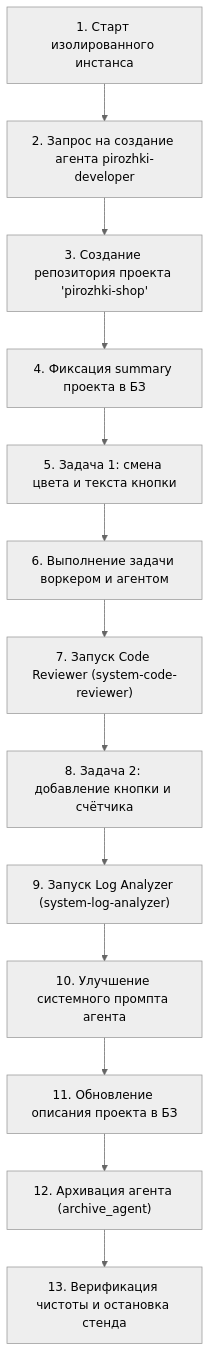
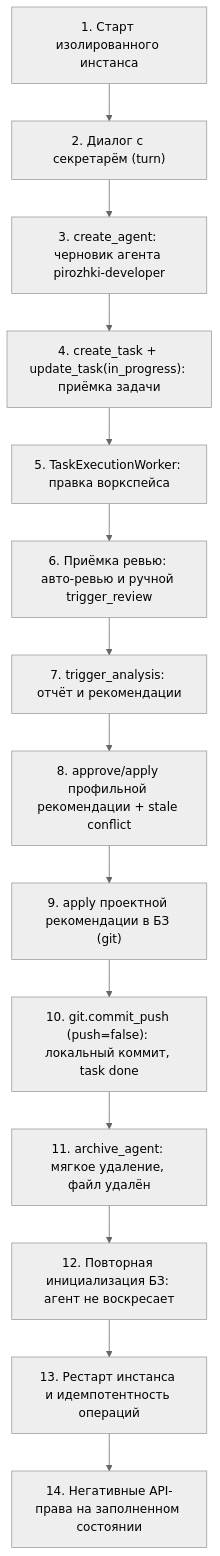
Before and after one commit to attid/agent-manager: the diagram in docs/e2e-pirozhki-test-scenario.md, drawn with Mermaid (neutral theme). The commit also changed other lines of this file and 5 other files, not shown here.

````diff
--- a/docs/e2e-pirozhki-test-scenario.md
+++ b/docs/e2e-pirozhki-test-scenario.md
@@ -24,15 +37,16 @@
 ```mermaid
 flowchart TD
-    S1["1. Старт изолированного инстанса"] --> S2["2. Запрос на создание агента pirozhki-developer"]
-    S2 --> S3["3. Создание репозитория проекта 'pirozhki-shop'"]
-    S3 --> S4["4. Фиксация summary проекта в БЗ"]
-    S4 --> S5["5. Задача 1: смена цвета и текста кнопки"]
-    S5 --> S6["6. Выполнение задачи воркером и агентом"]
-    S6 --> S7["7. Запуск Code Reviewer (system-code-reviewer)"]
-    S7 --> S8["8. Задача 2: добавление кнопки и счётчика"]
-    S8 --> S9["9. Запуск Log Analyzer (system-log-analyzer)"]
-    S9 --> S10["10. Улучшение системного промпта агента"]
-    S10 --> S11["11. Обновление описания проекта в БЗ"]
-    S11 --> S12["12. Архивация агента (archive_agent)"]
-    S12 --> S13["13. Верификация чистоты и остановка стенда"]
+    S1["1. Старт изолированного инстанса"] --> S2["2. Диалог с секретарём (turn)"]
+    S2 --> S3["3. create_agent: черновик агента pirozhki-developer"]
+    S3 --> S4["4. create_task + update_task(in_progress): приёмка задачи"]
+    S4 --> S5["5. TaskExecutionWorker: правка воркспейса"]
+    S5 --> S6["6. Приёмка ревью: авто-ревью и ручной trigger_review"]
+    S6 --> S7["7. trigger_analysis: отчёт и рекомендации"]
+    S7 --> S8["8. approve/apply профильной рекомендации + stale conflict"]
+    S8 --> S9["9. apply проектной рекомендации в БЗ (git)"]
+    S9 --> S10["10. git.commit_push (push=false): локальный коммит, task done"]
+    S10 --> S11["11. archive_agent: мягкое удаление, файл удалён"]
+    S11 --> S12["12. Повторная инициализация БЗ: агент не воскресает"]
+    S12 --> S13["13. Рестарт инстанса и идемпотентность операций"]
+    S13 --> S14["14. Негативные API-права на заполненном состоянии"]
 ```
````
